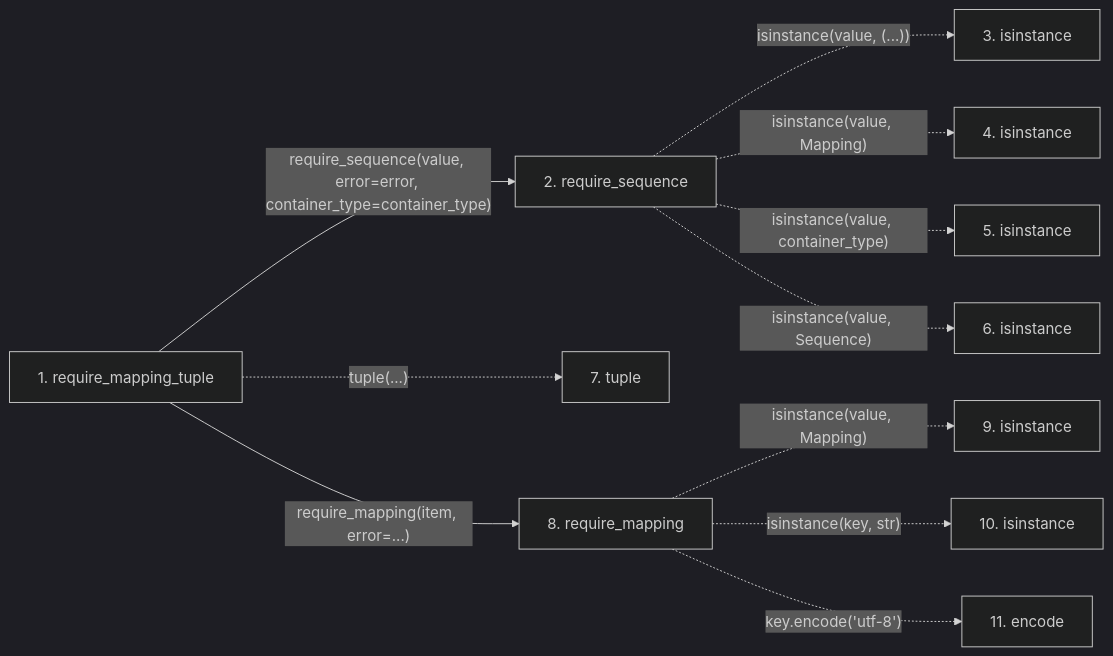
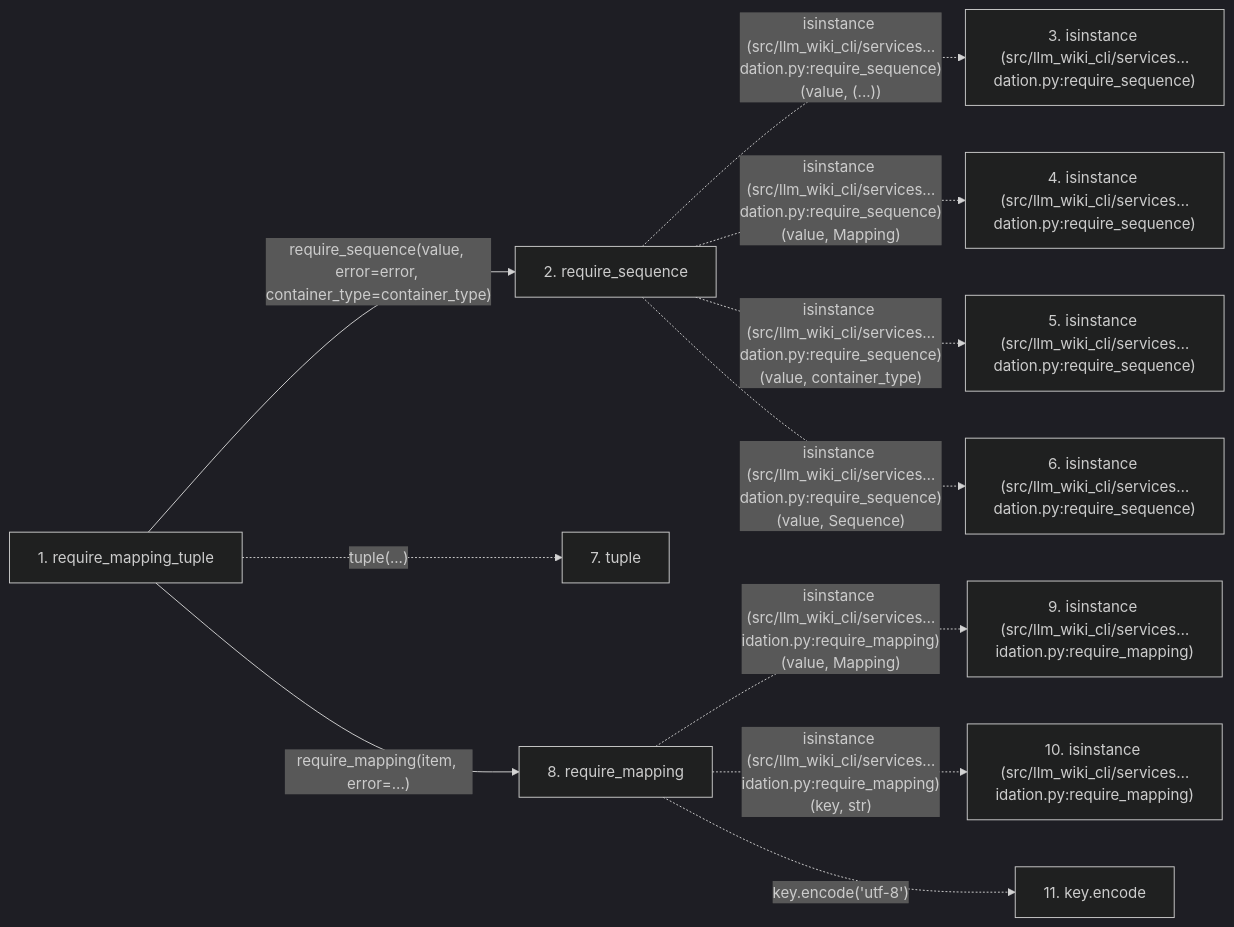
The second of 2 diagrams in docs/llm_wiki/flows/api-require_mapping_tuple.md (Denissvgn/python-wiki-llm), drawn with Mermaid (dark theme) before and after one commit. The commit also changed other lines of this file and 719 other files, not shown here.

````diff
--- a/docs/llm_wiki/flows/api-require_mapping_tuple.md
+++ b/docs/llm_wiki/flows/api-require_mapping_tuple.md
@@ -33,27 +34,27 @@
 ```mermaid
 flowchart LR
     s1["1. require_mapping_tuple"]
     s2["2. require_sequence"]
-    s3["3. isinstance"]
-    s4["4. isinstance"]
-    s5["5. isinstance"]
-    s6["6. isinstance"]
+    s3["3. isinstance (src/llm_wiki_cli/services…dation.py:require_sequence)"]
+    s4["4. isinstance (src/llm_wiki_cli/services…dation.py:require_sequence)"]
+    s5["5. isinstance (src/llm_wiki_cli/services…dation.py:require_sequence)"]
+    s6["6. isinstance (src/llm_wiki_cli/services…dation.py:require_sequence)"]
     s7["7. tuple"]
     s8["8. require_mapping"]
-    s9["9. isinstance"]
-    s10["10. isinstance"]
-    s11["11. encode"]
+    s9["9. isinstance (src/llm_wiki_cli/services…idation.py:require_mapping)"]
+    s10["10. isinstance (src/llm_wiki_cli/services…idation.py:require_mapping)"]
+    s11["11. key.encode"]
     s1 -->|"require_sequence(value, error=error, container_type=container_type)"| s2
-    s2 -. "isinstance(value, (...))" .-> s3
-    s2 -. "isinstance(value, Mapping)" .-> s4
-    s2 -. "isinstance(value, container_type)" .-> s5
-    s2 -. "isinstance(value, Sequence)" .-> s6
+    s2 -. "isinstance (src/llm_wiki_cli/services…dation.py:require_sequence)(value, (...))" .-> s3
+    s2 -. "isinstance (src/llm_wiki_cli/services…dation.py:require_sequence)(value, Mapping)" .-> s4
+    s2 -. "isinstance (src/llm_wiki_cli/services…dation.py:require_sequence)(value, container_type)" .-> s5
+    s2 -. "isinstance (src/llm_wiki_cli/services…dation.py:require_sequence)(value, Sequence)" .-> s6
     s1 -. "tuple(...)" .-> s7
     s1 -->|"require_mapping(item, error=...)"| s8
-    s8 -. "isinstance(value, Mapping)" .-> s9
-    s8 -. "isinstance(key, str)" .-> s10
+    s8 -. "isinstance (src/llm_wiki_cli/services…idation.py:require_mapping)(value, Mapping)" .-> s9
+    s8 -. "isinstance (src/llm_wiki_cli/services…idation.py:require_mapping)(key, str)" .-> s10
     s8 -. "key.encode('utf-8')" .-> s11
     click s1 "../modules/validation.md"
     click s2 "../modules/validation.md"
     click s8 "../modules/validation.md"
 ```
````
